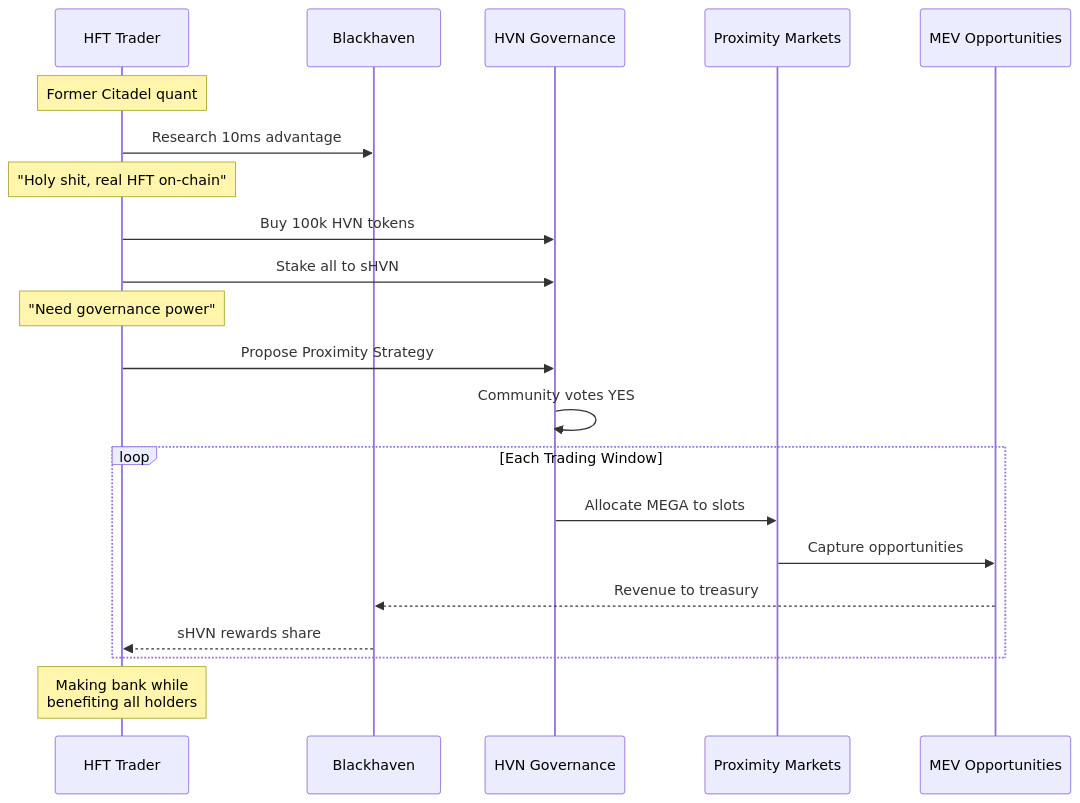
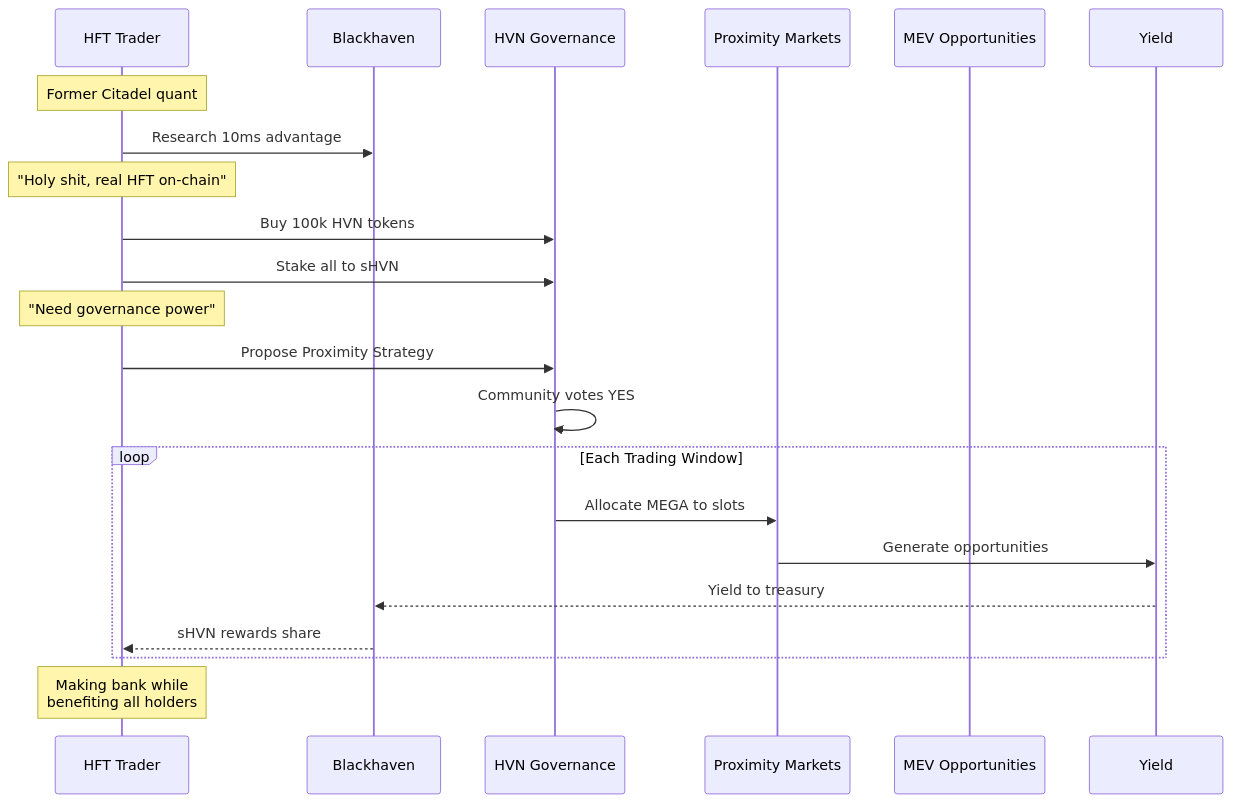
One commit to 0xJaehaerys/ohmega changed the fifth of 8 diagrams in blackhaven-user-scenarios.md. Above: the diagram before and after it, drawn with Mermaid. The commit also changed 5 other files, not shown here.

First line of the commit message:
Fix: Remove speculative MEV revenue claims for Proximity Markets

````diff
--- a/blackhaven-user-scenarios.md
+++ b/blackhaven-user-scenarios.md
@@ -174,28 +174,28 @@
 ```mermaid
 sequenceDiagram
     participant Trader as HFT Trader
     participant Blackhaven
     participant HVN as HVN Governance
     participant Proximity as Proximity Markets
     participant MEV as MEV Opportunities
     
     Note over Trader: Former Citadel quant
     Trader->>Blackhaven: Research 10ms advantage
     Note over Trader: "Holy shit, real HFT on-chain"
     
     Trader->>HVN: Buy 100k HVN tokens
     Trader->>HVN: Stake all to sHVN
     Note over Trader: "Need governance power"
     
     Trader->>HVN: Propose Proximity Strategy
     HVN->>HVN: Community votes YES
     
     loop Each Trading Window
         HVN->>Proximity: Allocate MEGA to slots
-        Proximity->>MEV: Capture opportunities
-        MEV-->>Blackhaven: Revenue to treasury
+        Proximity->>Yield: Generate opportunities
+        Yield-->>Blackhaven: Yield to treasury
         Blackhaven-->>Trader: sHVN rewards share
     end
     
     Note over Trader: Making bank while<br/>benefiting all holders
 ```
````
